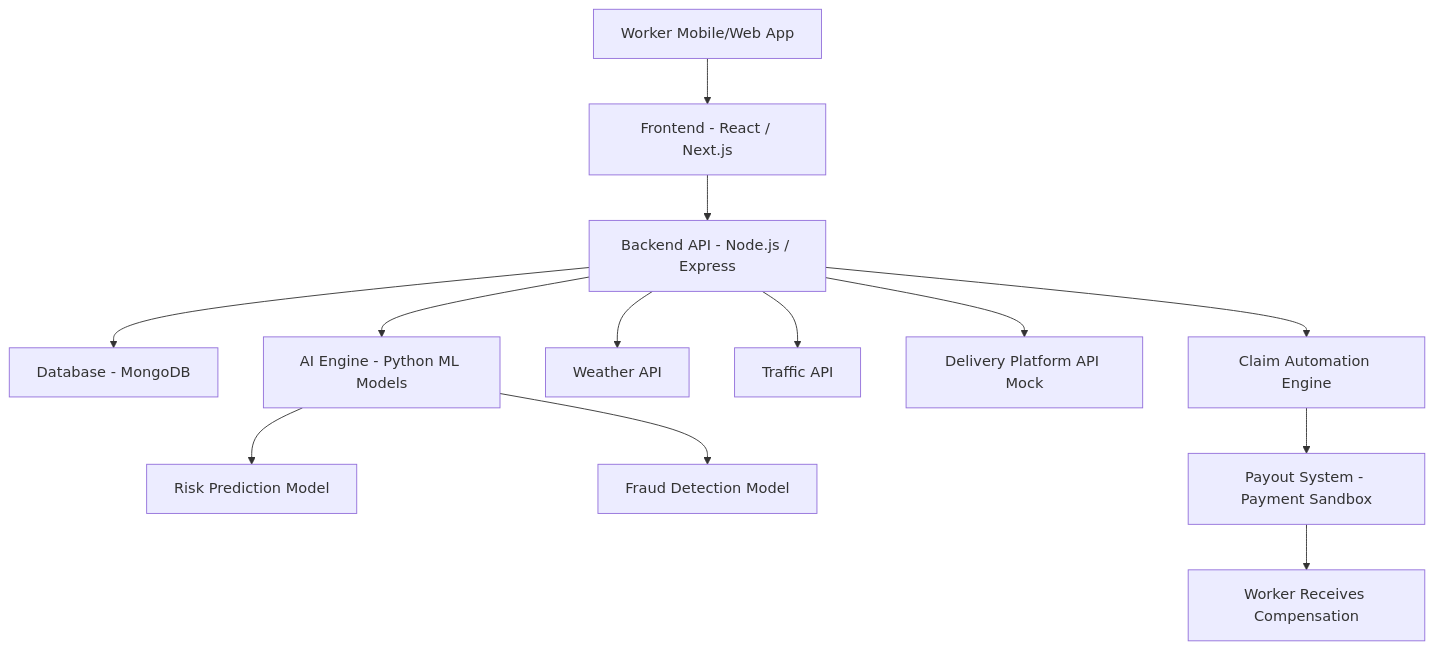
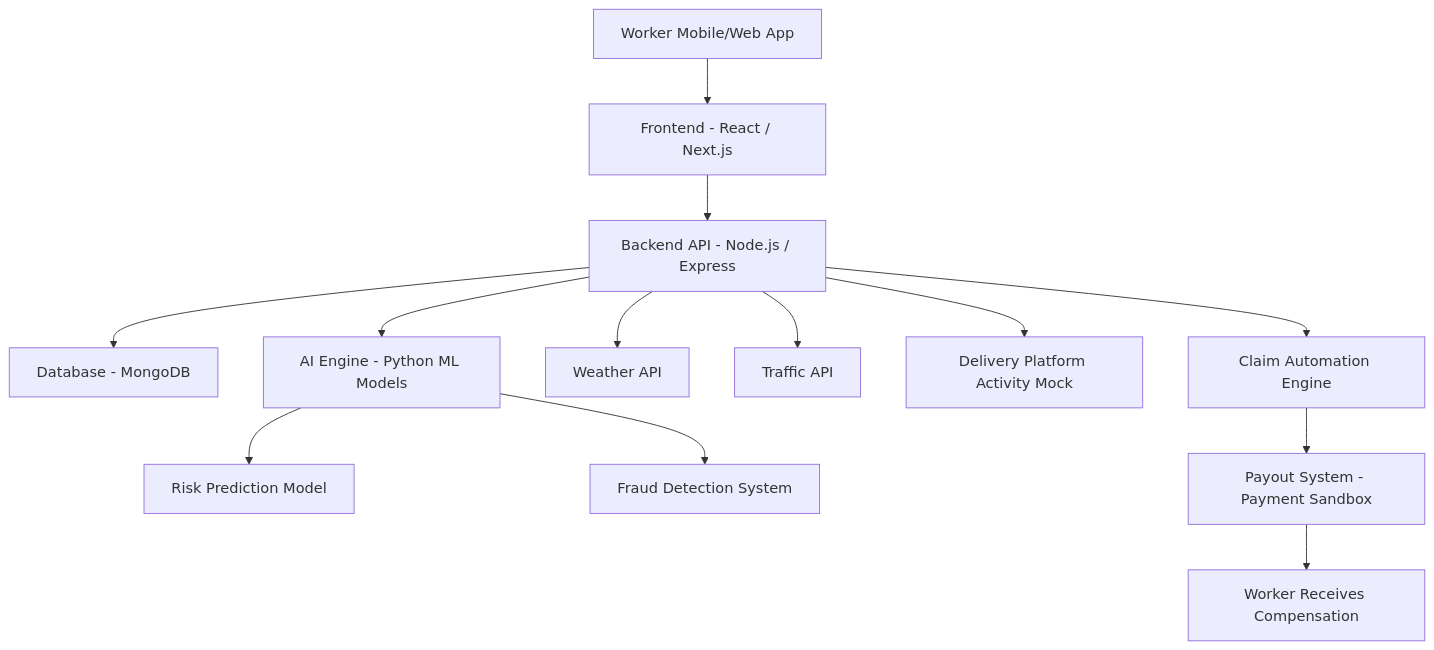
The diagram in README.md (chaitanya2929/GigShield-AI), drawn with Mermaid before and after one commit. The commit also changed other lines of this file, not shown here.

````diff
--- a/README.md
+++ b/README.md
@@ -128,24 +238,24 @@
 ```mermaid
 graph TD
 
 A[Worker Mobile/Web App] --> B[Frontend - React / Next.js]
 
 B --> C[Backend API - Node.js / Express]
 
 C --> D[Database - MongoDB]
 
 C --> E[AI Engine - Python ML Models]
 
 C --> F[Weather API]
 C --> G[Traffic API]
-C --> H[Delivery Platform API Mock]
+C --> H[Delivery Platform Activity Mock]
 
 E --> I[Risk Prediction Model]
-E --> J[Fraud Detection Model]
+E --> J[Fraud Detection System]
 
 C --> K[Claim Automation Engine]
 
 K --> L[Payout System - Payment Sandbox]
 
 L --> M[Worker Receives Compensation]
 ```
````
